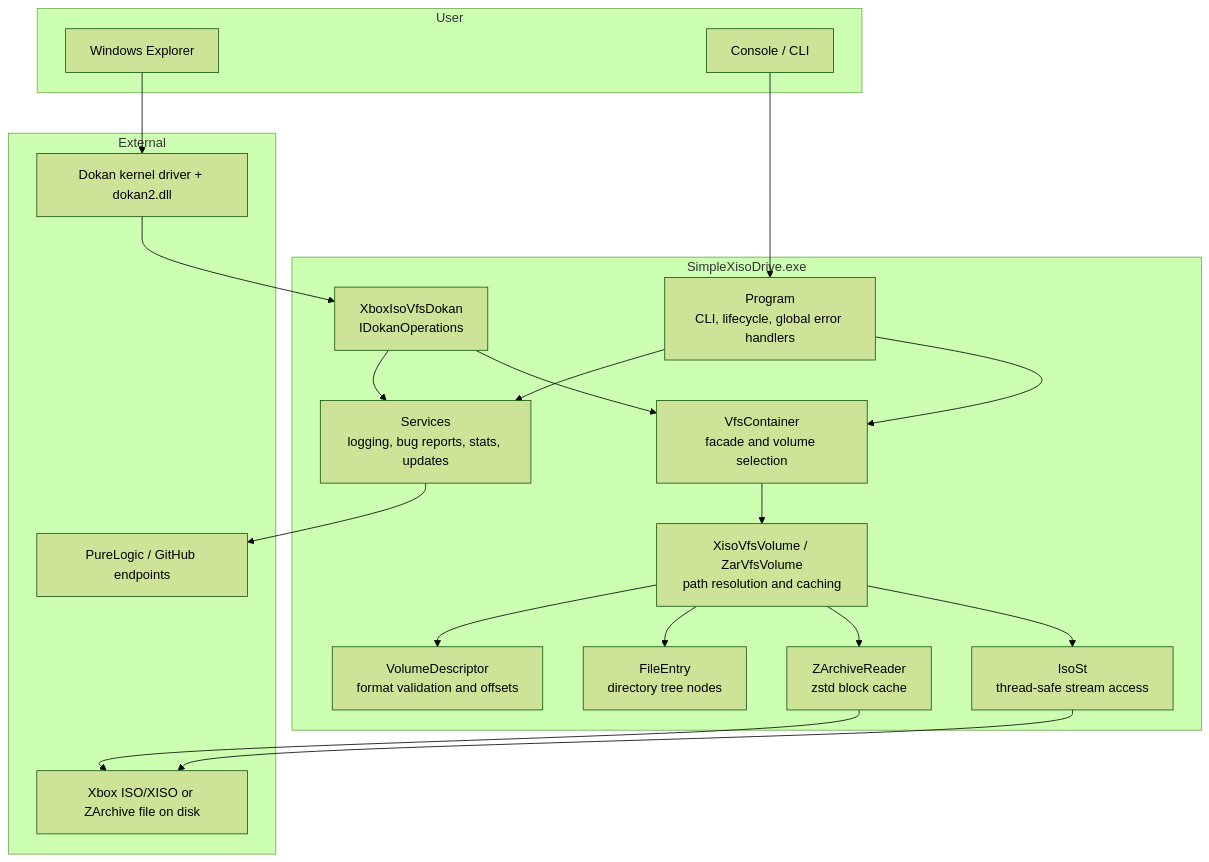
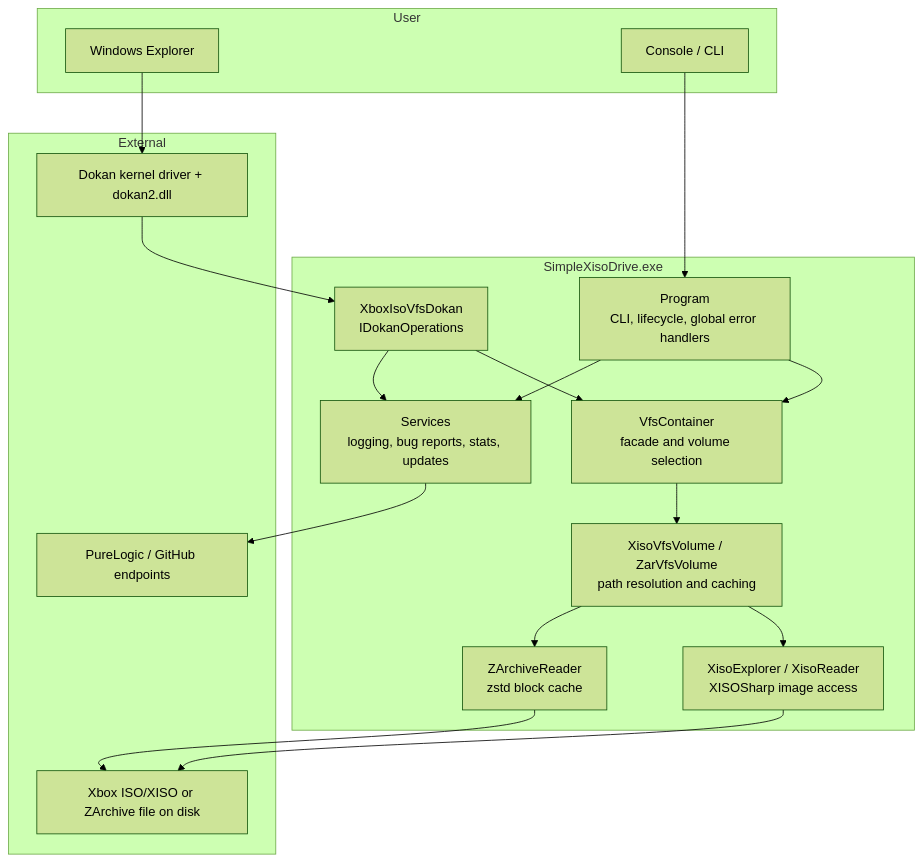
One commit to purelogiccode/SimpleXisoDrive changed the first of 2 diagrams in docs/Architecture.md. Above: the diagram before and after it, drawn with Mermaid (forest theme). The commit also changed other lines of this file and 27 other files, not shown here.

````diff
--- a/docs/Architecture.md
+++ b/docs/Architecture.md
@@ -10,41 +10,37 @@
 ```mermaid
 flowchart TD
     subgraph User["User"]
         Explorer["Windows Explorer"]
         Console["Console / CLI"]
     end
 
     subgraph App["SimpleXisoDrive.exe"]
         Program["Program<br/>CLI, lifecycle, global error handlers"]
         DokanOps["XboxIsoVfsDokan<br/>IDokanOperations"]
         Vfs["VfsContainer<br/>facade and volume selection"]
         Volumes["XisoVfsVolume / ZarVfsVolume<br/>path resolution and caching"]
-        IsoSt["IsoSt<br/>thread-safe stream access"]
+        Xiso["XisoExplorer / XisoReader<br/>XISOSharp image access"]
         Zar["ZArchiveReader<br/>zstd block cache"]
-        Vd["VolumeDescriptor<br/>format validation and offsets"]
-        Fe["FileEntry<br/>directory tree nodes"]
         Services["Services<br/>logging, bug reports, stats, updates"]
     end
 
     subgraph External["External"]
         Dokan["Dokan kernel driver + dokan2.dll"]
         Image["Xbox ISO/XISO or ZArchive file on disk"]
         Api["PureLogic / GitHub endpoints"]
     end
 
     Explorer --> Dokan
     Console --> Program
     Dokan --> DokanOps
     DokanOps --> Vfs
     Vfs --> Volumes
-    Volumes --> IsoSt
+    Volumes --> Xiso
     Volumes --> Zar
-    Volumes --> Fe
-    Volumes --> Vd
-    IsoSt --> Image
+    Xiso --> Image
     Zar --> Image
     Program --> Vfs
     Program --> Services
     DokanOps --> Services
     Services --> Api
 ```
````
